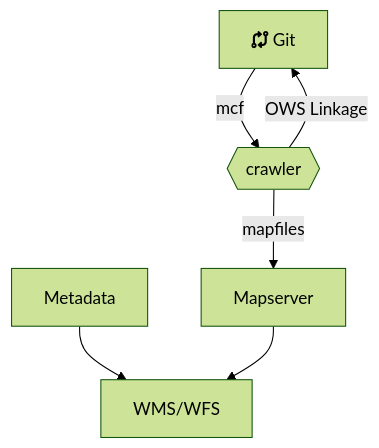
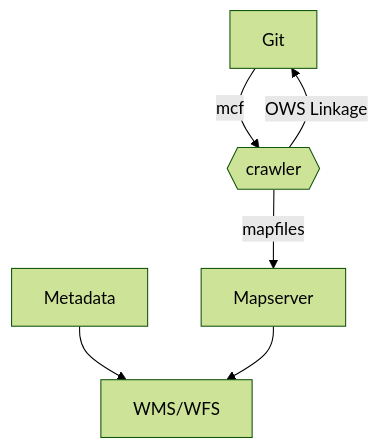
The second of 3 diagrams in slides/intro-crawler-mcf-pycsw.qmd (pvgenuchten/slides), drawn with Mermaid (forest theme) before and after one commit. The commit also changed other lines of this file, not shown here.

Commit message:
remove icons from mermaid

````diff
--- a/slides/intro-crawler-mcf-pycsw.qmd
+++ b/slides/intro-crawler-mcf-pycsw.qmd
@@ -62,8 +62,8 @@
 ```{mermaid}
 flowchart TB
-    G[fa:fa-code-compare Git] -->|mcf| CI{{crawler}} 
+    G[Git] -->|mcf| CI{{crawler}} 
     CI -->|mapfiles| MS[Mapserver]
     Metadata --> OWS
     MS --> OWS[WMS/WFS]
     CI -->|OWS Linkage| G
 ```
````
